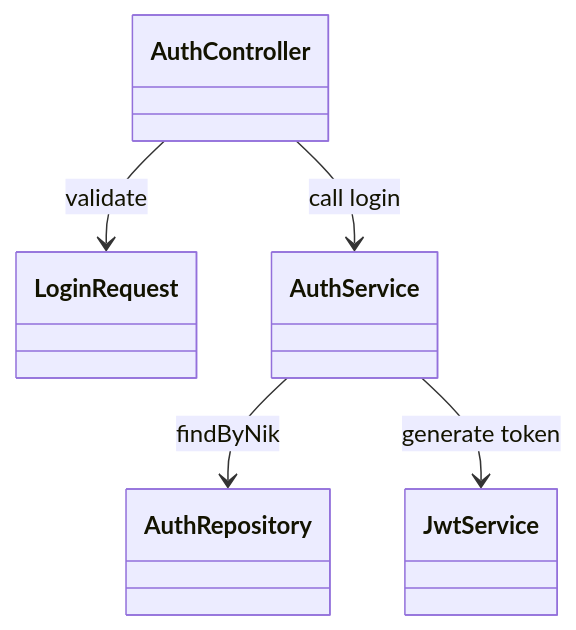
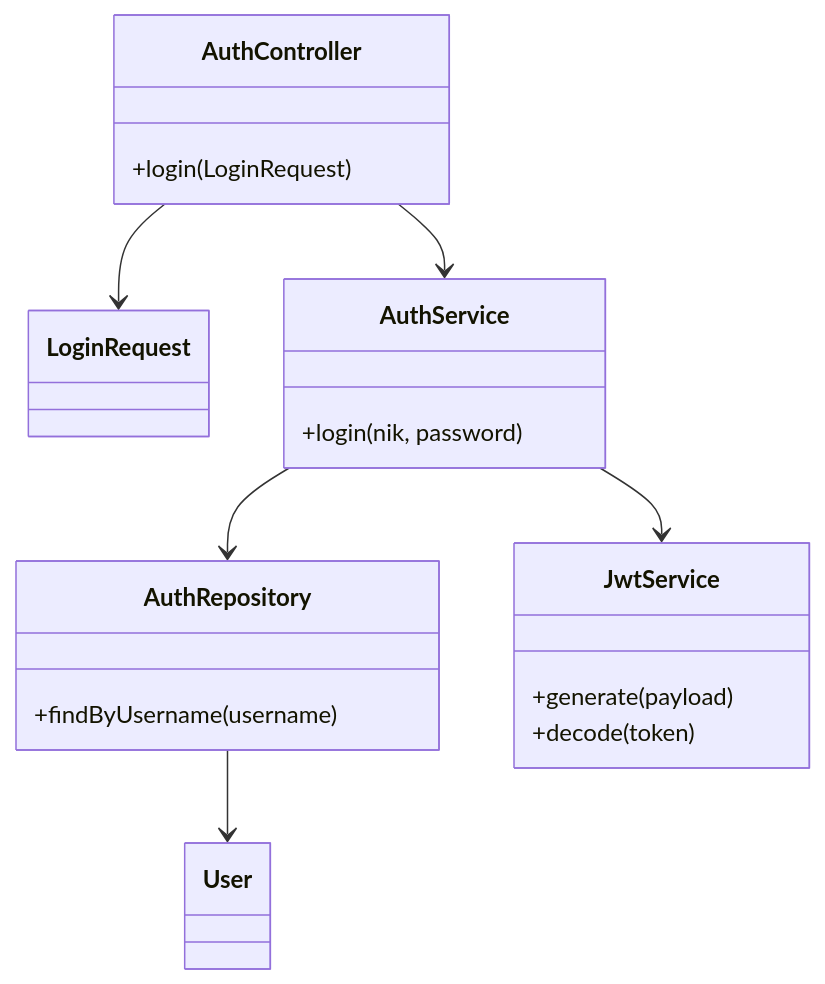
One commit to widy4aa/BE-SIMPEG-RSKALISAT changed the third of 11 diagrams in dokumentasi/dokumentasi_app.md. Above: the diagram before and after it, drawn with Mermaid. The commit also changed other lines of this file, not shown here.

````diff
--- a/dokumentasi/dokumentasi_app.md
+++ b/dokumentasi/dokumentasi_app.md
@@ -227,13 +143,24 @@
 ```mermaid
 classDiagram
-	class AuthController
-	class LoginRequest
-	class AuthService
-	class AuthRepository
-	class JwtService
+    class AuthController {
+        +login(LoginRequest)
+    }
+    class LoginRequest
+    class AuthService {
+        +login(nik, password)
+    }
+    class AuthRepository {
+        +findByUsername(username)
+    }
+    class JwtService {
+        +generate(payload)
+        +decode(token)
+    }
+    class User
 
-	AuthController --> LoginRequest : validate
-	AuthController --> AuthService : call login
-	AuthService --> AuthRepository : findByNik
-	AuthService --> JwtService : generate token
+    AuthController --> LoginRequest
+    AuthController --> AuthService
+    AuthService --> AuthRepository
+    AuthService --> JwtService
+    AuthRepository --> User
 ```
````
